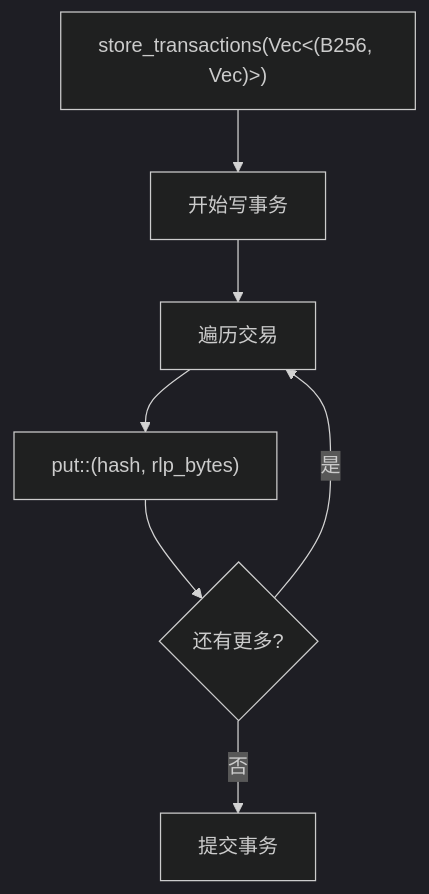
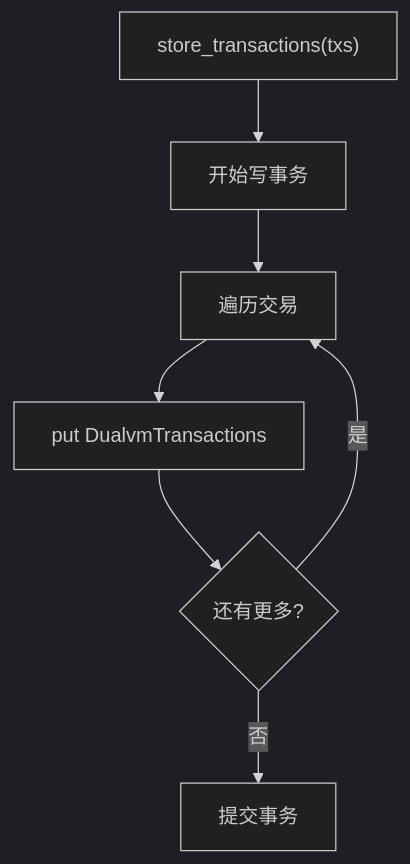
The fourth of 6 diagrams in notes/06-storage-layer.md (J1a-wei/reth-demo), drawn with Mermaid (dark theme) before and after one commit. The commit also changed other lines of this file and 4 other files, not shown here.

````diff
--- a/notes/06-storage-layer.md
+++ b/notes/06-storage-layer.md
@@ -99,12 +99,12 @@
 ```mermaid
 flowchart TD
-    STORE_TX["store_transactions(Vec<(B256, Vec<u8>)>)"]
+    STORE_TX["store_transactions(txs)"]
 
     STORE_TX --> START_TX[开始写事务]
     START_TX --> LOOP[遍历交易]
 
-    LOOP --> PUT_TX["put::<DualvmTransactions>(hash, rlp_bytes)"]
+    LOOP --> PUT_TX["put DualvmTransactions"]
     PUT_TX --> NEXT{还有更多?}
     NEXT -->|是| LOOP
     NEXT -->|否| COMMIT[提交事务]
 ```
````
